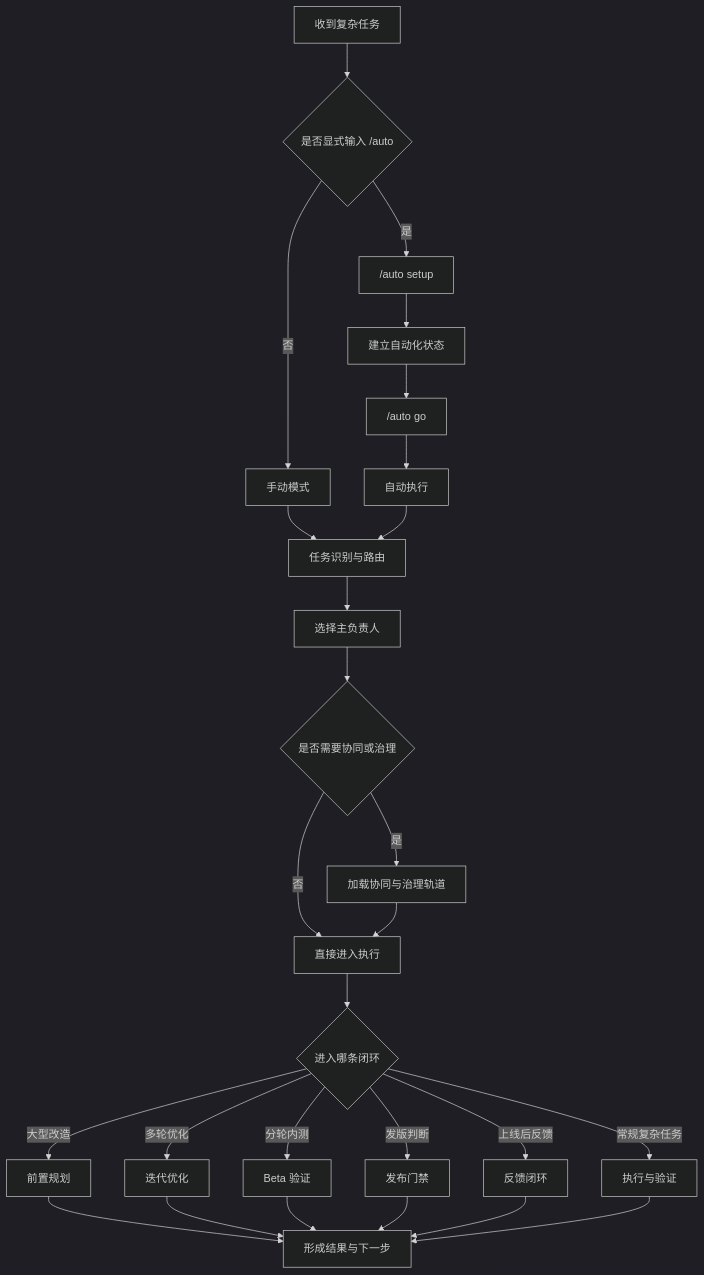
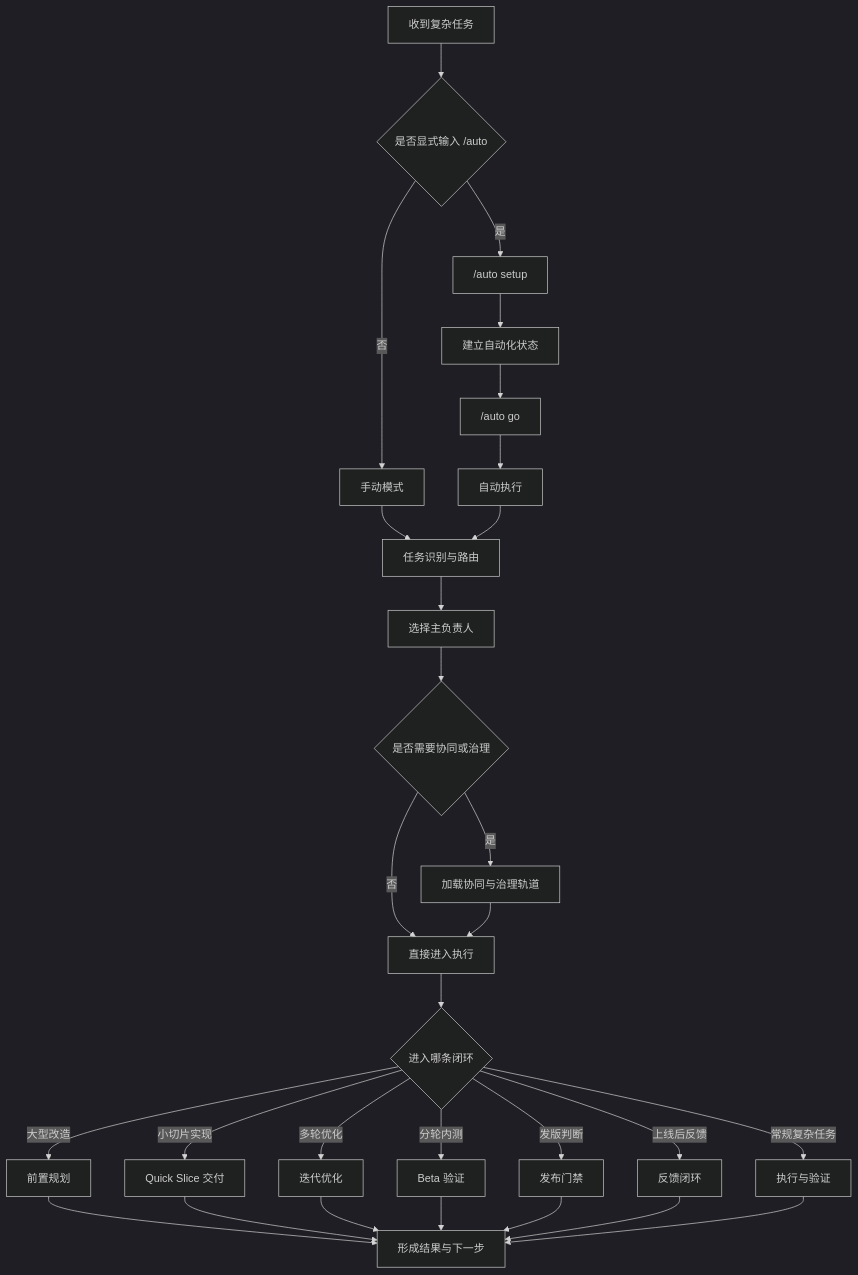
The diagram in README.md (fxbin/virtual-intelligent-dev-team), drawn with Mermaid (dark theme) before and after one commit. The commit also changed other lines of this file and 5 other files, not shown here.

````diff
--- a/README.md
+++ b/README.md
@@ -162,33 +165,35 @@
 ```mermaid
 flowchart TD
     A[收到复杂任务] --> B{是否显式输入 /auto}
     B -- 否 --> C[手动模式]
     B -- 是 --> D["/auto setup"]
     D --> E[建立自动化状态]
     E --> F["/auto go"]
     F --> G[自动执行]
 
     C --> H[任务识别与路由]
     G --> H
 
     H --> I[选择主负责人]
     I --> J{是否需要协同或治理}
     J -- 是 --> K[加载协同与治理轨道]
     J -- 否 --> L[直接进入执行]
     K --> L
 
     L --> M{进入哪条闭环}
     M -- 大型改造 --> N[前置规划]
+    M -- 小切片实现 --> T[Quick Slice 交付]
     M -- 多轮优化 --> O[迭代优化]
     M -- 分轮内测 --> P[Beta 验证]
     M -- 发版判断 --> Q[发布门禁]
     M -- 上线后反馈 --> R[反馈闭环]
     M -- 常规复杂任务 --> S[执行与验证]
 
     N --> Y[形成结果与下一步]
+    T --> Y
     O --> Y
     P --> Y
     Q --> Y
     R --> Y
     S --> Y
 ```
````
